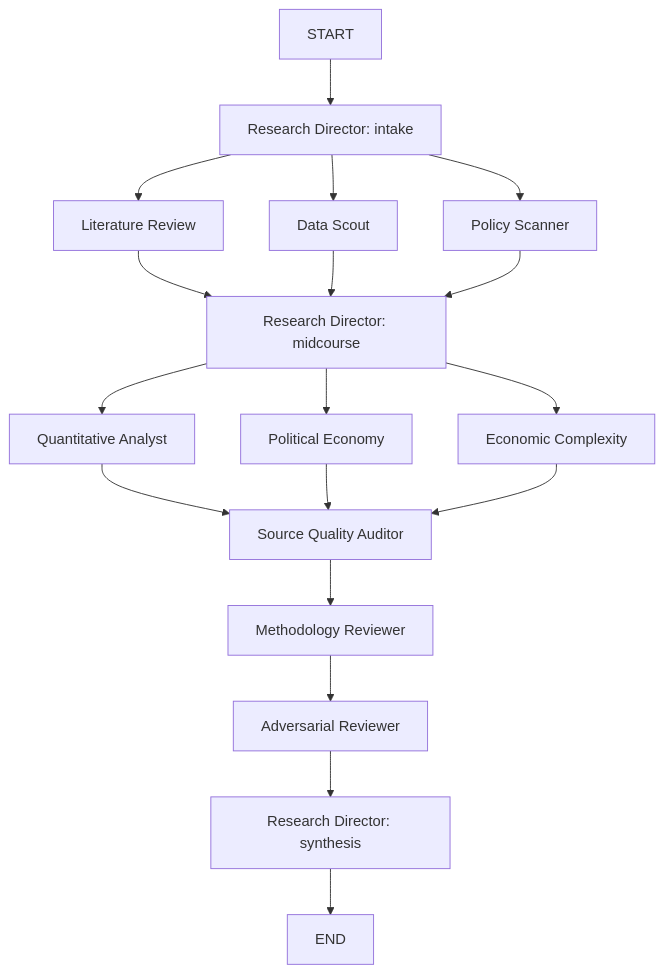
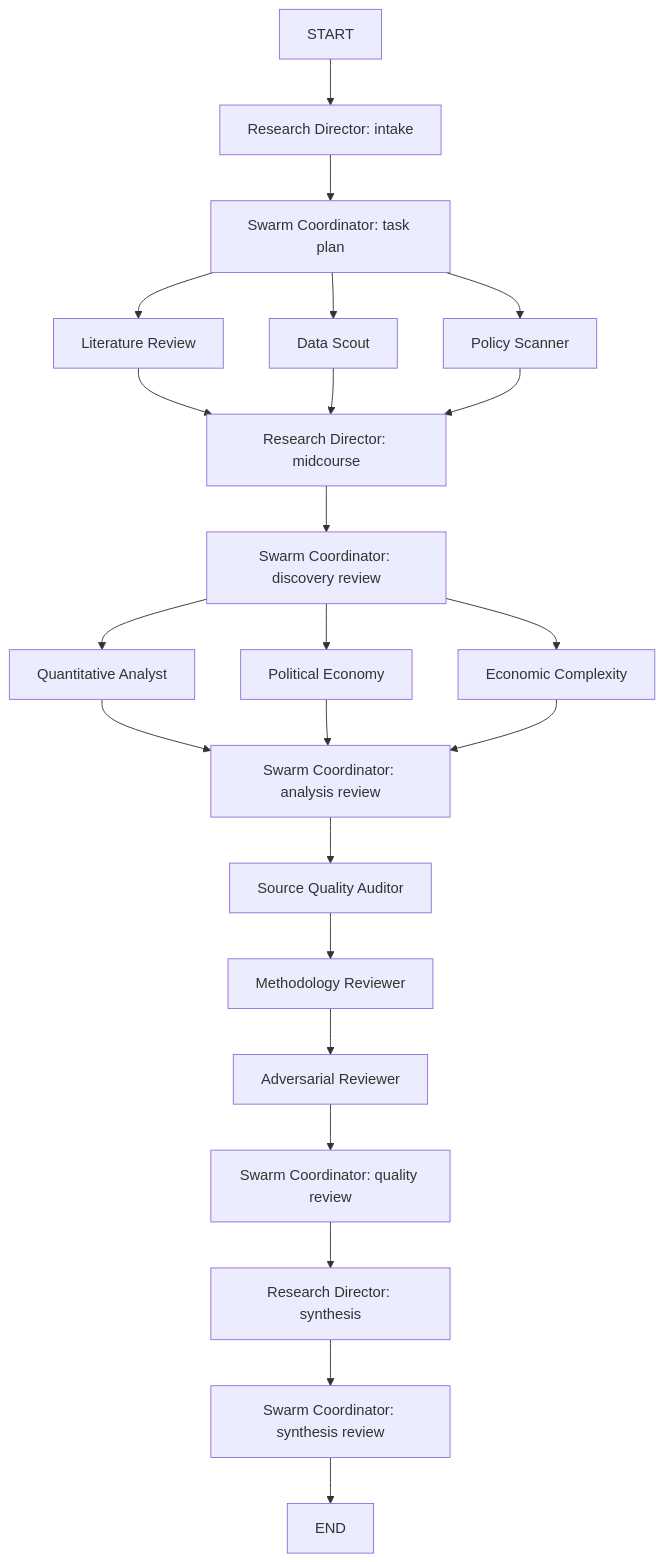
The diagram in ARCHITECTURE.md (howdymary/ai-policy-lab), drawn with Mermaid before and after one commit. The commit also changed other lines of this file and 10 other files, not shown here.

Commit message:
Add swarm coordinator task ledger

````diff
--- a/ARCHITECTURE.md
+++ b/ARCHITECTURE.md
@@ -7,20 +7,25 @@
 ```mermaid
 flowchart TD
     START --> intake["Research Director: intake"]
-    intake --> lit["Literature Review"]
-    intake --> data["Data Scout"]
-    intake --> policy["Policy Scanner"]
+    intake --> swarm0["Swarm Coordinator: task plan"]
+    swarm0 --> lit["Literature Review"]
+    swarm0 --> data["Data Scout"]
+    swarm0 --> policy["Policy Scanner"]
     lit --> mid["Research Director: midcourse"]
     data --> mid
     policy --> mid
-    mid --> quant["Quantitative Analyst"]
-    mid --> pol["Political Economy"]
-    mid --> econ["Economic Complexity"]
-    quant --> audit["Source Quality Auditor"]
-    pol --> audit
-    econ --> audit
+    mid --> swarm1["Swarm Coordinator: discovery review"]
+    swarm1 --> quant["Quantitative Analyst"]
+    swarm1 --> pol["Political Economy"]
+    swarm1 --> econ["Economic Complexity"]
+    quant --> swarm2["Swarm Coordinator: analysis review"]
+    pol --> swarm2
+    econ --> swarm2
+    swarm2 --> audit["Source Quality Auditor"]
     audit --> methods["Methodology Reviewer"]
     methods --> adversarial["Adversarial Reviewer"]
-    adversarial --> synth["Research Director: synthesis"]
-    synth --> END
+    adversarial --> swarm3["Swarm Coordinator: quality review"]
+    swarm3 --> synth["Research Director: synthesis"]
+    synth --> swarm4["Swarm Coordinator: synthesis review"]
+    swarm4 --> END
 ```
````
